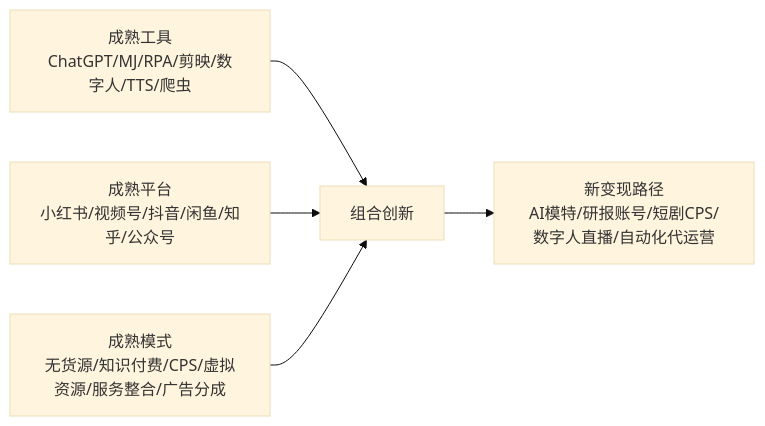
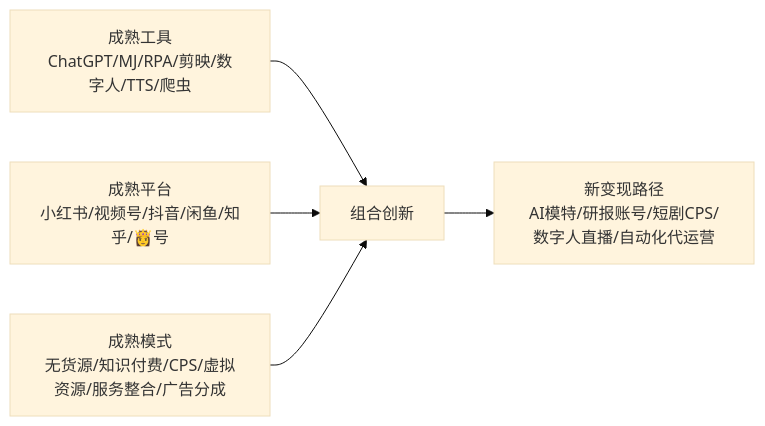
The sixth of 14 diagrams in docs/202303_paper2textbook/chapter_084.md (OpenDocCN1/flygon-zhuanqian-zhoubao), drawn with Mermaid (base theme) before and after one commit. The commit also changed other lines of this file and 6688 other files, not shown here.

````diff
--- a/docs/202303_paper2textbook/chapter_084.md
+++ b/docs/202303_paper2textbook/chapter_084.md
@@ -560,7 +560,7 @@
 ```mermaid
 graph LR
     A[成熟工具<br/>ChatGPT/MJ/RPA/剪映/数字人/TTS/爬虫] --> D[组合创新]
-    B[成熟平台<br/>小红书/视频号/抖音/闲鱼/知乎/公众号] --> D
+    B[成熟平台<br/>小红书/视频号/抖音/闲鱼/知乎/👸号] --> D
     C[成熟模式<br/>无货源/知识付费/CPS/虚拟资源/服务整合/广告分成] --> D
     D --> E[新变现路径<br/>AI模特/研报账号/短剧CPS/数字人直播/自动化代运营]
 ```
````
